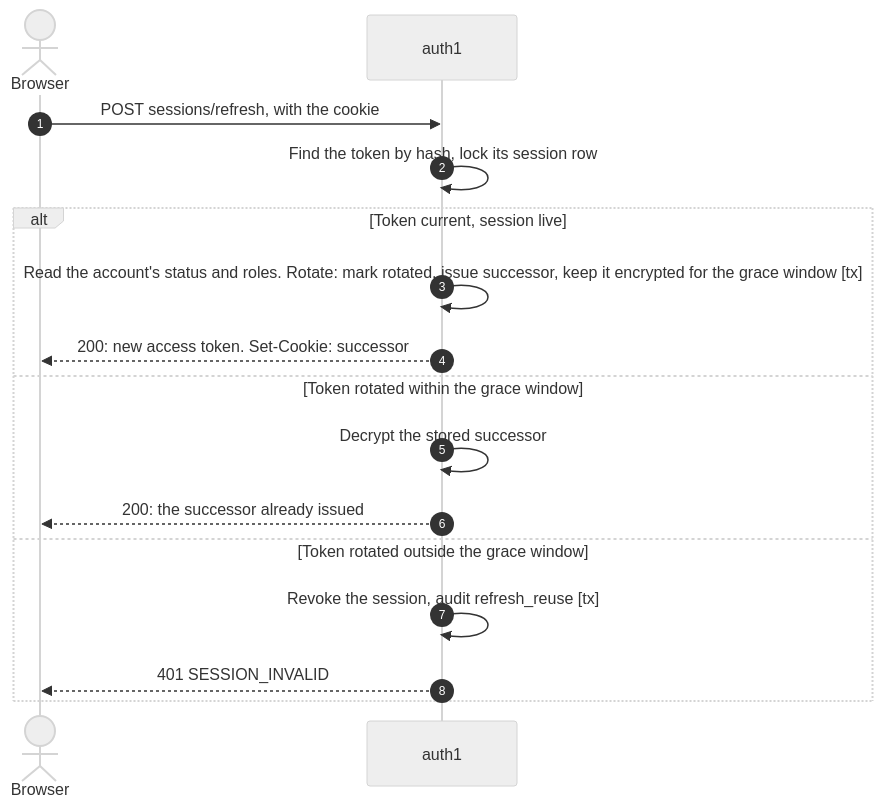
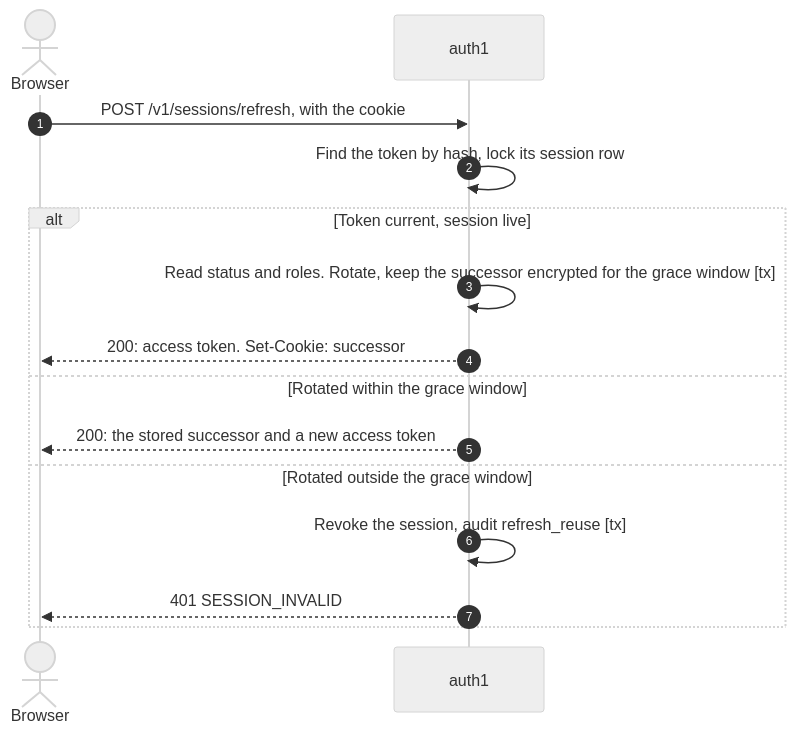
Before and after one commit to arafat-hasan/auth1: the seventh of 8 diagrams in docs/design.md, drawn with Mermaid (neutral theme). The commit also changed other lines of this file and 14 other files, not shown here.

````diff
--- a/docs/design.md
+++ b/docs/design.md
@@ -821,18 +936,17 @@
 ```mermaid
 sequenceDiagram
   autonumber
   actor B as Browser
   participant A as auth1
-  B->>A: POST sessions/refresh, with the cookie
+  B->>A: POST /v1/sessions/refresh, with the cookie
   A->>A: Find the token by hash, lock its session row
   alt Token current, session live
-    A->>A: Read the account's status and roles. Rotate: mark rotated, issue successor, keep it encrypted for the grace window [tx]
-    A-->>B: 200: new access token. Set-Cookie: successor
-  else Token rotated within the grace window
-    A->>A: Decrypt the stored successor
-    A-->>B: 200: the successor already issued
-  else Token rotated outside the grace window
+    A->>A: Read status and roles. Rotate, keep the successor encrypted for the grace window [tx]
+    A-->>B: 200: access token. Set-Cookie: successor
+  else Rotated within the grace window
+    A-->>B: 200: the stored successor and a new access token
+  else Rotated outside the grace window
     A->>A: Revoke the session, audit refresh_reuse [tx]
     A-->>B: 401 SESSION_INVALID
   end
 ```
````
